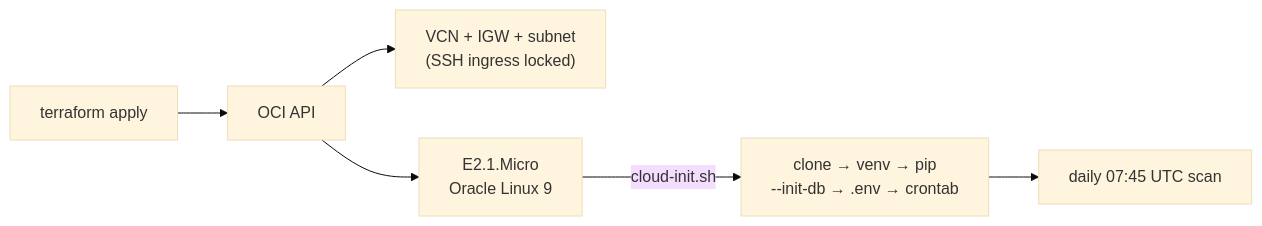
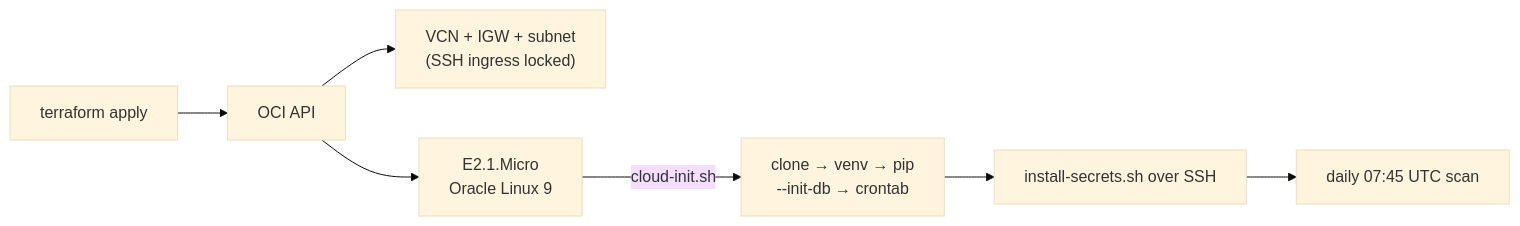
Before and after one commit to cluster2600/ted_bot: the diagram in terraform/README.md, drawn with Mermaid (base theme). The commit also changed other lines of this file and 7 other files, not shown here.

````diff
--- a/terraform/README.md
+++ b/terraform/README.md
@@ -9,8 +10,9 @@
 ```mermaid
 flowchart LR
     A["terraform apply"] --> B["OCI API"]
     B --> C["VCN + IGW + subnet<br/>(SSH ingress locked)"]
     B --> D["E2.1.Micro<br/>Oracle Linux 9"]
-    D -->|"cloud-init.sh"| E["clone → venv → pip<br/>--init-db → .env → crontab"]
-    E --> F["daily 07:45 UTC scan"]
+    D -->|"cloud-init.sh"| E["clone → venv → pip<br/>--init-db → crontab"]
+    E --> G["install-secrets.sh over SSH"]
+    G --> F["daily 07:45 UTC scan"]
 ```
````
